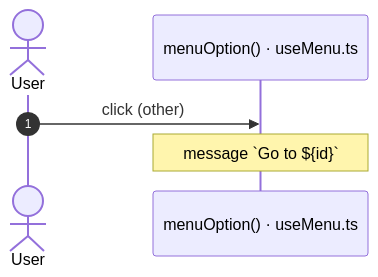
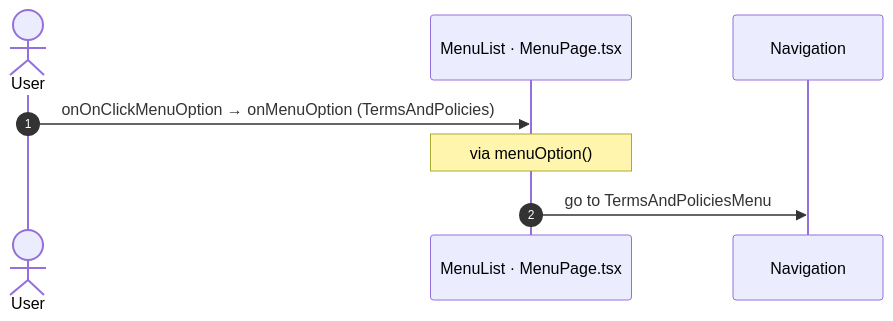
Before and after one commit to Phoenix-DX/connect-new-ui: diagram 19 of 37 in migration/route-actions/Menu.md, drawn with Mermaid. The commit also changed other lines of this file and 9 other files, not shown here.

Commit message:
route actions: facts only; user actions as two independent lists (OutSystems view bindings, React JSX bindings) with Mermaid sequences; factual call columns (direct caller, chains, React references); app shell by definition (survey shell, main.tsx code); constants read for React paths

````diff
--- a/migration/route-actions/Menu.md
+++ b/migration/route-actions/Menu.md
@@ -357,8 +371,10 @@
 ```mermaid
 sequenceDiagram
   autonumber
   actor U as User
-  participant H as menuOption() · useMenu.ts
-  U->>H: click (other)
-  Note over H: message `Go to ${id}`
+  participant H as MenuList · MenuPage.tsx
+  participant N as Navigation
+  U->>H: onOnClickMenuOption → onMenuOption (TermsAndPolicies)
+  Note over H: via menuOption()
+  H->>N: go to TermsAndPoliciesMenu
 ```
````
